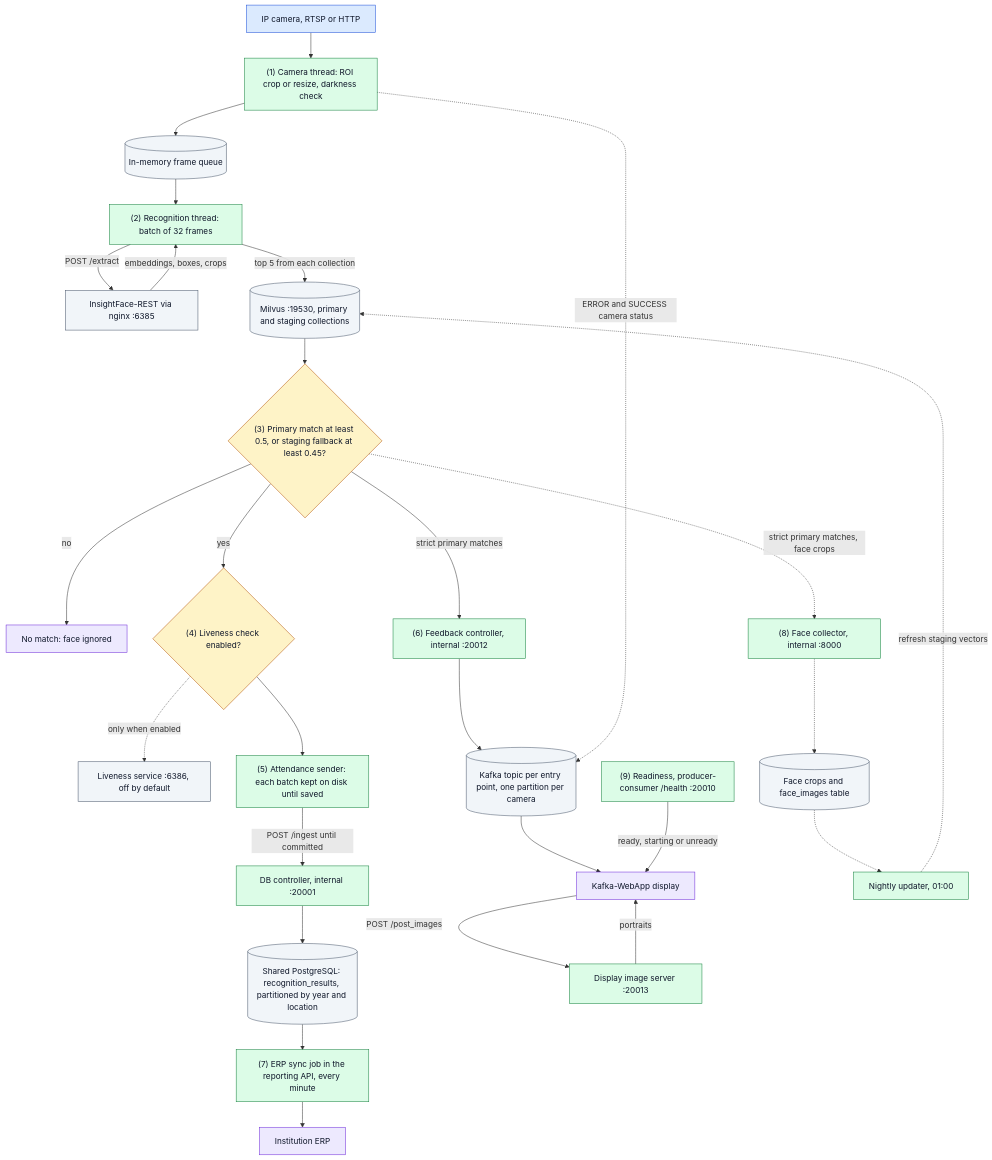
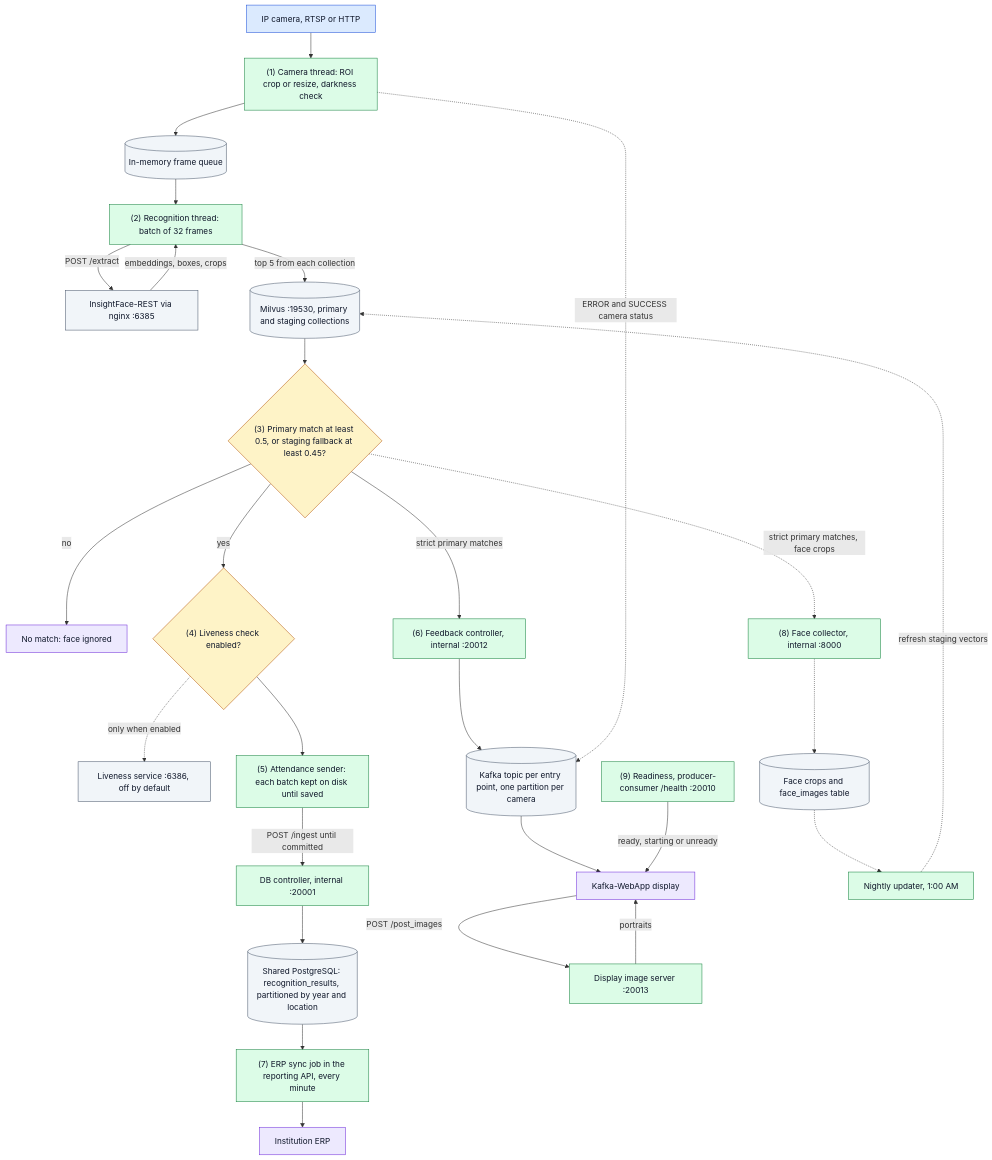
The first of 2 diagrams in README.md (hamza-aziz-ai/CCTV-Face-Recognition-Attendance-System), drawn with Mermaid before and after one commit. The commit also changed other lines of this file, not shown here.

````diff
--- a/README.md
+++ b/README.md
@@ -16,56 +77,56 @@
 ```mermaid
 flowchart TB
     CAM["`IP camera, RTSP or HTTP`"]:::entry
     PROD["`(1) Camera thread: ROI crop or resize, darkness check`"]:::step
     Q[("`In-memory frame queue`")]:::store
     CONS["`(2) Recognition thread: batch of 32 frames`"]:::step
     IFR["`InsightFace-REST via nginx :6385`"]:::store
     MV[("`Milvus :19530, primary and staging collections`")]:::store
     DEC{"`(3) Primary match at least 0.5, or staging fallback at least 0.45?`"}:::decision
     NOPE["`No match: face ignored`"]:::outcome
     LIVE{"`(4) Liveness check enabled?`"}:::decision
     LV["`Liveness service :6386, off by default`"]:::store
     SND["`(5) Attendance sender: each batch kept on disk until saved`"]:::step
     DBC["`DB controller, internal :20001`"]:::step
     PG[("`Shared PostgreSQL: recognition_results, partitioned by year and location`")]:::store
     FBC["`(6) Feedback controller, internal :20012`"]:::step
     K[("`Kafka topic per entry point, one partition per camera`")]:::store
     KW["`Kafka-WebApp display`"]:::outcome
     HEALTH["`(9) Readiness, producer-consumer /health :20010`"]:::step
     DISP["`Display image server :20013`"]:::step
     API["`(7) ERP sync job in the reporting API, every minute`"]:::step
     ERP["`Institution ERP`"]:::outcome
     COL["`(8) Face collector, internal :8000`"]:::step
     DYN[("`Face crops and face_images table`")]:::store
-    UPD["`Nightly updater, 01:00`"]:::step
+    UPD["`Nightly updater, 1:00 AM`"]:::step
 
     CAM --> PROD --> Q --> CONS
     CONS -->|"`POST /extract`"| IFR
     IFR -->|"`embeddings, boxes, crops`"| CONS
     CONS -->|"`top 5 from each collection`"| MV
     MV --> DEC
     DEC -->|"`no`"| NOPE
     DEC -->|"`yes`"| LIVE
     LIVE -.->|"`only when enabled`"| LV
     LIVE --> SND
     SND -->|"`POST /ingest until committed`"| DBC
     DBC --> PG
     DEC -->|"`strict primary matches`"| FBC
     FBC --> K --> KW
     KW -->|"`POST /post_images`"| DISP
     DISP -->|"`portraits`"| KW
     PROD -.->|"`ERROR and SUCCESS camera status`"| K
     PG --> API --> ERP
     DEC -.->|"`strict primary matches, face crops`"| COL
     COL -.-> DYN
     DYN -.-> UPD
     UPD -.->|"`refresh staging vectors`"| MV
     HEALTH -->|"`ready, starting or unready`"| KW
 
     classDef entry fill:#dbeafe,stroke:#1d4ed8,color:#0f172a
     classDef step fill:#dcfce7,stroke:#15803d,color:#0f172a
     classDef decision fill:#fef3c7,stroke:#b45309,color:#0f172a
     classDef outcome fill:#ede9fe,stroke:#6d28d9,color:#0f172a
     classDef error fill:#fee2e2,stroke:#b91c1c,color:#0f172a
     classDef store fill:#f1f5f9,stroke:#475569,color:#0f172a
 ```
````
